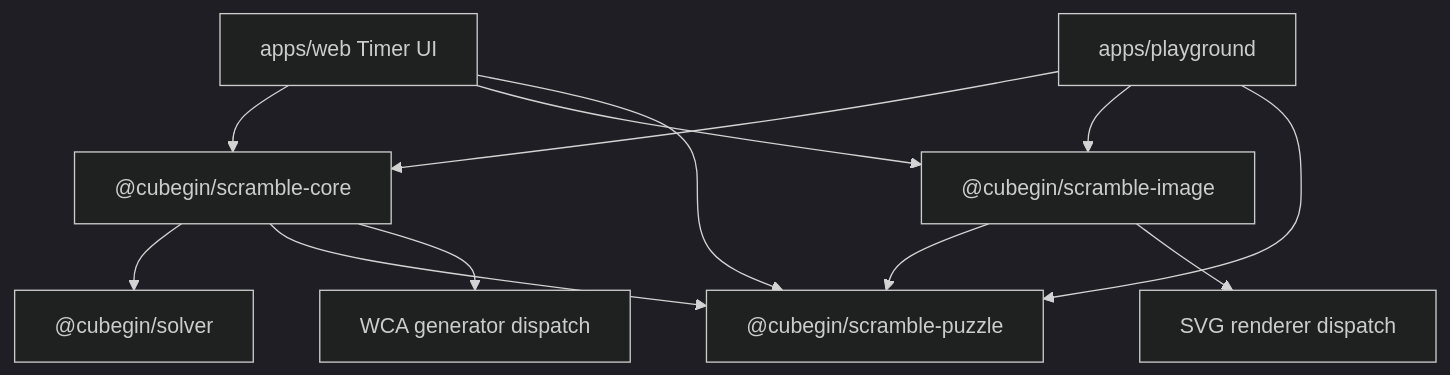
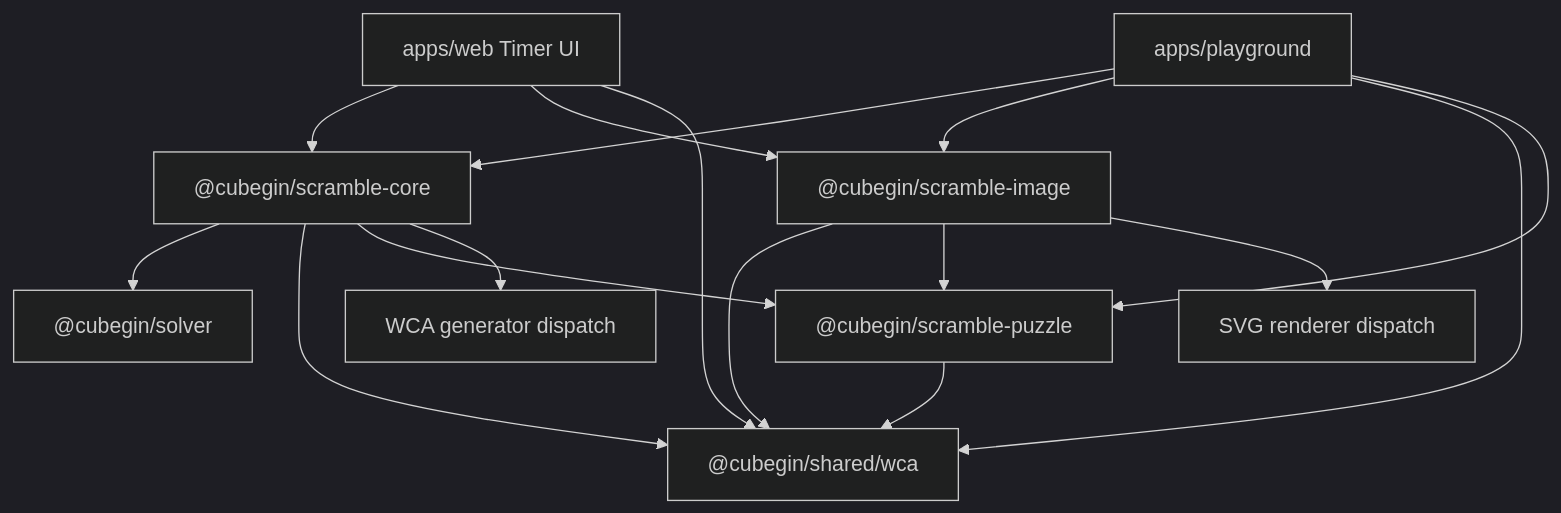
The diagram in docs/scramble-runtime.md (deweyou/cube-kit), drawn with Mermaid (dark theme) before and after one commit. The commit also changed other lines of this file and 67 other files, not shown here.

````diff
--- a/docs/scramble-runtime.md
+++ b/docs/scramble-runtime.md
@@ -3,14 +3,18 @@
 ```mermaid
 flowchart TD
     UI["apps/web Timer UI"] --> Core["@cubegin/scramble-core"]
     UI --> Image["@cubegin/scramble-image"]
-    UI --> Puzzle["@cubegin/scramble-puzzle"]
+    UI --> Shared["@cubegin/shared/wca"]
     Playground["apps/playground"] --> Core
     Playground --> Image
+    Playground --> Shared
     Playground --> Puzzle
     Core --> Solver["@cubegin/solver"]
+    Puzzle["@cubegin/scramble-puzzle"] --> Shared
+    Core --> Shared
     Core --> Puzzle
+    Image --> Shared
     Image --> Puzzle
     Core --> Generators["WCA generator dispatch"]
     Image --> Renderers["SVG renderer dispatch"]
 ```
````
